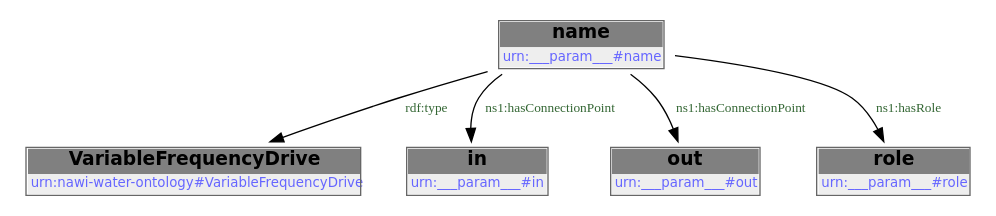
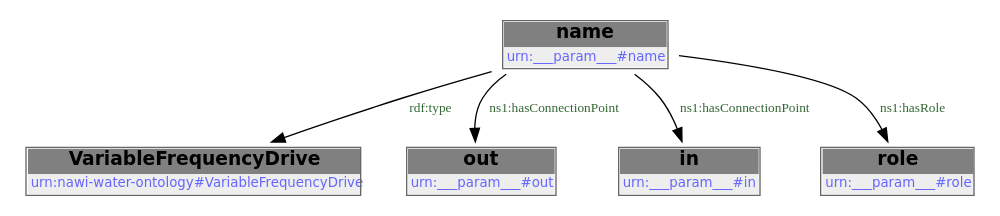
Before and after one commit to DataDrivenCPS/water-ontology: the first of 2 diagrams in docs/libraries/templates/vfd.rst, drawn with Graphviz. The commit also changed other lines of this file and 33 other files, not shown here.

```diff
--- a/docs/libraries/templates/vfd.rst
+++ b/docs/libraries/templates/vfd.rst
@@ -78,14 +78,14 @@
         .. graphviz::
 
                 digraph G {
             node [fontname="DejaVu Sans"];
             node0 -> node1 [color=BLACK, label=< <font point-size='10' color='#336633'>rdf:type</font> >];
             node0 -> node2 [color=BLACK, label=< <font point-size='10' color='#336633'>ns1:hasConnectionPoint</font> >];
             node0 -> node3 [color=BLACK, label=< <font point-size='10' color='#336633'>ns1:hasConnectionPoint</font> >];
             node0 -> node4 [color=BLACK, label=< <font point-size='10' color='#336633'>ns1:hasRole</font> >];
             node0 [shape=none, color=black, label=< <table color='#666666' cellborder='0' cellspacing='0' border='1'><tr><td colspan='2' bgcolor='grey'><B>name</B></td></tr><tr><td href='urn:___param___#name' bgcolor='#eeeeee' colspan='2'><font point-size='10' color='#6666ff'>urn:___param___#name</font></td></tr></table> >];
             node1 [shape=none, color=black, label=< <table color='#666666' cellborder='0' cellspacing='0' border='1'><tr><td colspan='2' bgcolor='grey'><B>VariableFrequencyDrive</B></td></tr><tr><td href='urn:nawi-water-ontology#VariableFrequencyDrive' bgcolor='#eeeeee' colspan='2'><font point-size='10' color='#6666ff'>urn:nawi-water-ontology#VariableFrequencyDrive</font></td></tr></table> >];
-            node2 [shape=none, color=black, label=< <table color='#666666' cellborder='0' cellspacing='0' border='1'><tr><td colspan='2' bgcolor='grey'><B>in</B></td></tr><tr><td href='urn:___param___#in' bgcolor='#eeeeee' colspan='2'><font point-size='10' color='#6666ff'>urn:___param___#in</font></td></tr></table> >];
-            node3 [shape=none, color=black, label=< <table color='#666666' cellborder='0' cellspacing='0' border='1'><tr><td colspan='2' bgcolor='grey'><B>out</B></td></tr><tr><td href='urn:___param___#out' bgcolor='#eeeeee' colspan='2'><font point-size='10' color='#6666ff'>urn:___param___#out</font></td></tr></table> >];
+            node2 [shape=none, color=black, label=< <table color='#666666' cellborder='0' cellspacing='0' border='1'><tr><td colspan='2' bgcolor='grey'><B>out</B></td></tr><tr><td href='urn:___param___#out' bgcolor='#eeeeee' colspan='2'><font point-size='10' color='#6666ff'>urn:___param___#out</font></td></tr></table> >];
+            node3 [shape=none, color=black, label=< <table color='#666666' cellborder='0' cellspacing='0' border='1'><tr><td colspan='2' bgcolor='grey'><B>in</B></td></tr><tr><td href='urn:___param___#in' bgcolor='#eeeeee' colspan='2'><font point-size='10' color='#6666ff'>urn:___param___#in</font></td></tr></table> >];
             node4 [shape=none, color=black, label=< <table color='#666666' cellborder='0' cellspacing='0' border='1'><tr><td colspan='2' bgcolor='grey'><B>role</B></td></tr><tr><td href='urn:___param___#role' bgcolor='#eeeeee' colspan='2'><font point-size='10' color='#6666ff'>urn:___param___#role</font></td></tr></table> >];
             }
```
